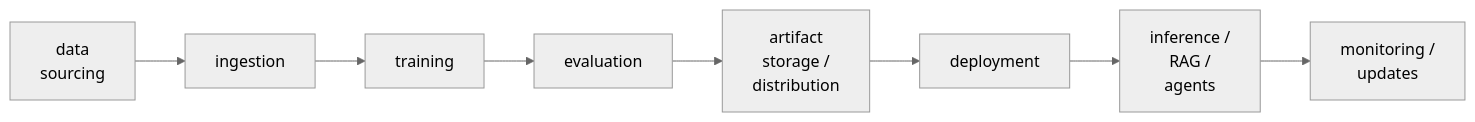
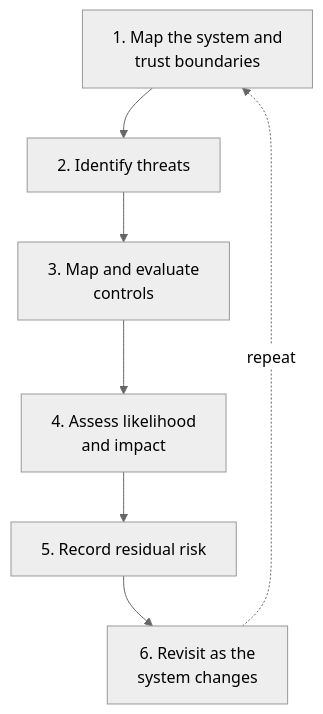
Before and after one commit to jwardon/ai-security-101: the diagram in 10_threat_modeling_and_risk_assessment.md, drawn with Mermaid (neutral theme). The commit also changed 5 other files, not shown here.

Commit message:
Redesign diagrams (RAG, classifiers, agents, trust boundaries, threat-modeling loop) and show author display name

````diff
--- a/10_threat_modeling_and_risk_assessment.md
+++ b/10_threat_modeling_and_risk_assessment.md
@@ -9,4 +9,9 @@
 ```mermaid
-flowchart LR
-    sourcing["data<br/>sourcing"] --> ingest["ingestion"] --> train["training"] --> eval["evaluation"] --> store["artifact<br/>storage /<br/>distribution"] --> deploy["deployment"] --> infer["inference /<br/>RAG /<br/>agents"] --> mon["monitoring /<br/>updates"]
+flowchart TB
+    map["1. Map the system and<br/>trust boundaries"] --> threats["2. Identify threats"]
+    threats --> controls["3. Map and evaluate<br/>controls"]
+    controls --> assess["4. Assess likelihood<br/>and impact"]
+    assess --> residual["5. Record residual risk"]
+    residual --> revisit["6. Revisit as the<br/>system changes"]
+    revisit -. "repeat" .-> map
 ```
````
